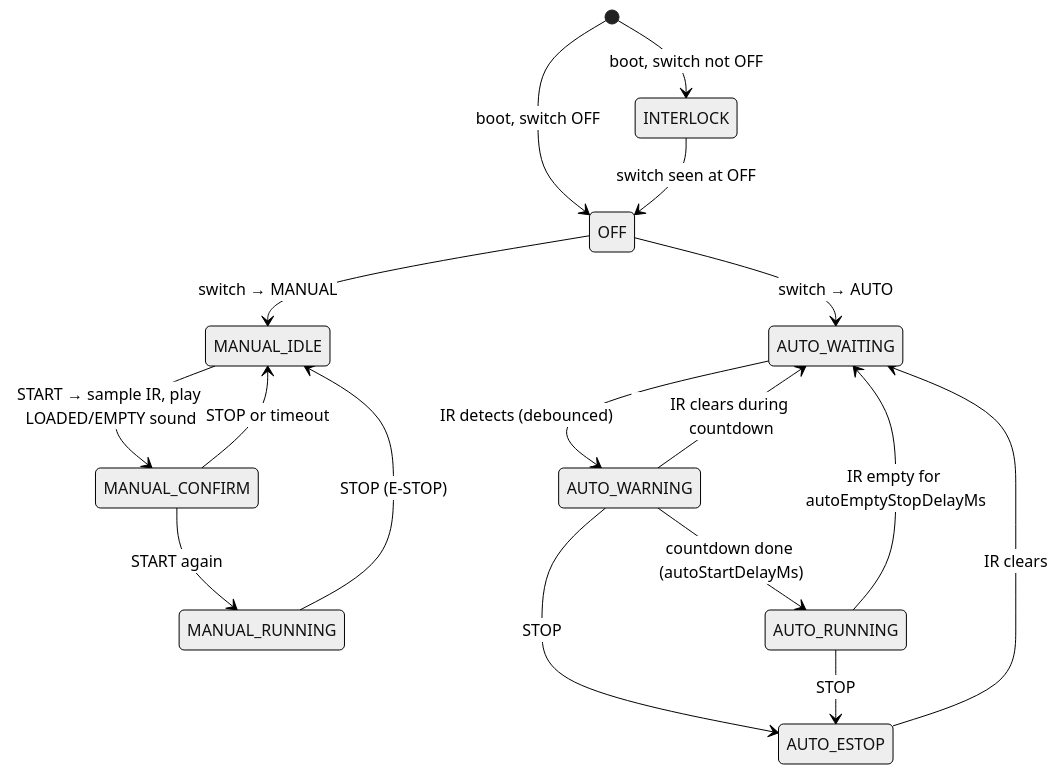
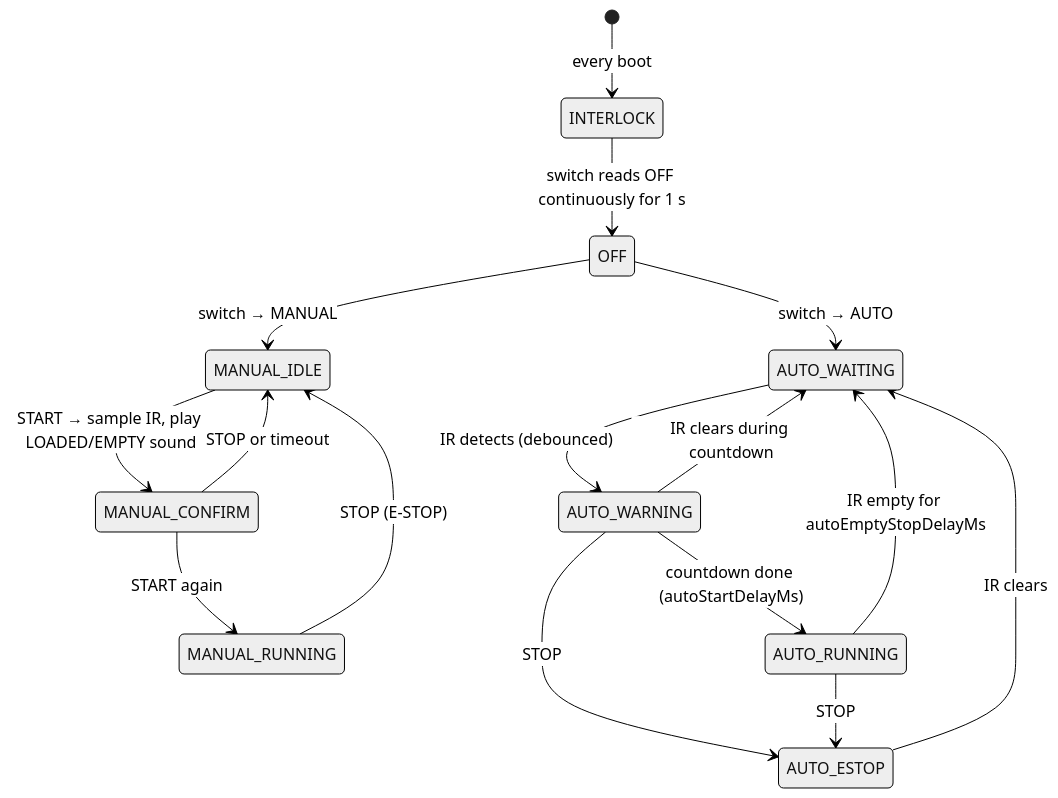
One commit to RafaelViii/Tile-Machine changed the diagram in docs/modules/shredder.md. Above: the diagram before and after it, drawn with Mermaid (neutral theme). The commit also changed other lines of this file and 3 other files, not shown here.

First line of the commit message:
shredder 0.2.1: power-up interlock needs OFF held for 1 s

````diff
--- a/docs/modules/shredder.md
+++ b/docs/modules/shredder.md
@@ -8,22 +8,21 @@
 ```mermaid
 stateDiagram-v2
-  [*] --> INTERLOCK : boot, switch not OFF
-  [*] --> OFF : boot, switch OFF
-  INTERLOCK --> OFF : switch seen at OFF
+  [*] --> INTERLOCK : every boot
+  INTERLOCK --> OFF : switch reads OFF continuously for 1 s
 
   OFF --> MANUAL_IDLE : switch → MANUAL
   OFF --> AUTO_WAITING : switch → AUTO
 
   MANUAL_IDLE --> MANUAL_CONFIRM : START → sample IR, play LOADED/EMPTY sound
   MANUAL_CONFIRM --> MANUAL_RUNNING : START again
   MANUAL_CONFIRM --> MANUAL_IDLE : STOP or timeout
   MANUAL_RUNNING --> MANUAL_IDLE : STOP (E-STOP)
 
   AUTO_WAITING --> AUTO_WARNING : IR detects (debounced)
   AUTO_WARNING --> AUTO_RUNNING : countdown done (autoStartDelayMs)
   AUTO_WARNING --> AUTO_WAITING : IR clears during countdown
   AUTO_RUNNING --> AUTO_WAITING : IR empty for autoEmptyStopDelayMs
   AUTO_WARNING --> AUTO_ESTOP : STOP
   AUTO_RUNNING --> AUTO_ESTOP : STOP
   AUTO_ESTOP --> AUTO_WAITING : IR clears
 ```
````
